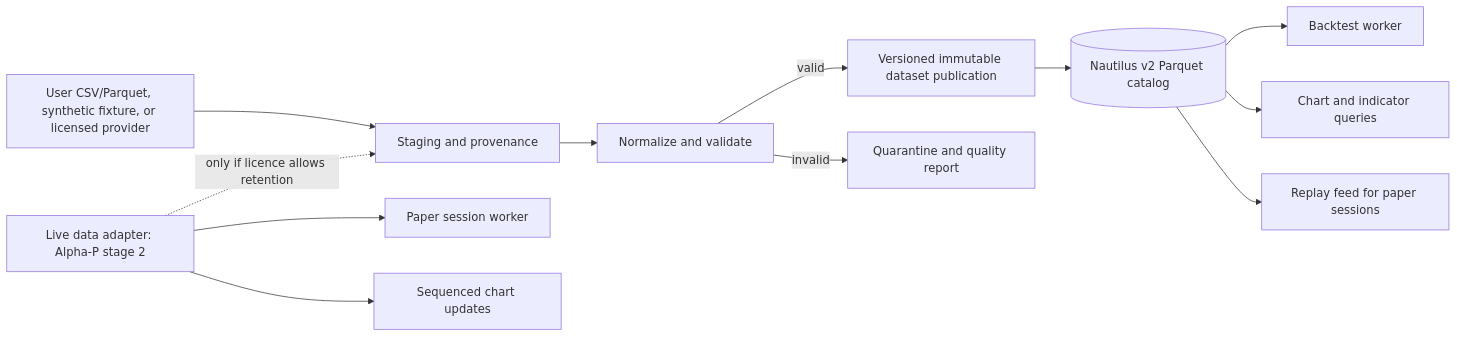
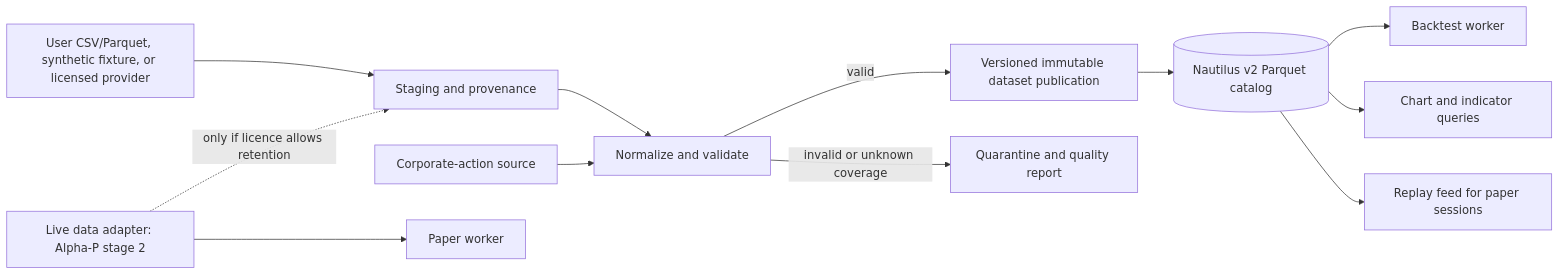
The second of 3 diagrams in docs/architecture/overview.md (njdaniel/clipper-terminal), drawn with Mermaid before and after one commit. The commit also changed other lines of this file and 5 other files, not shown here.

````diff
--- a/docs/architecture/overview.md
+++ b/docs/architecture/overview.md
@@ -352,14 +376,14 @@
 ```mermaid
 flowchart LR
   SRC[User CSV/Parquet, synthetic fixture, or licensed provider] --> RAW[Staging and provenance]
   RAW --> V[Normalize and validate]
+  CA[Corporate-action source] --> V
   V -->|valid| PUB[Versioned immutable dataset publication]
-  V -->|invalid| Q[Quarantine and quality report]
+  V -->|invalid or unknown coverage| Q[Quarantine and quality report]
   PUB --> CAT[(Nautilus v2 Parquet catalog)]
   CAT --> BT[Backtest worker]
   CAT --> READ[Chart and indicator queries]
   CAT --> REPLAY[Replay feed for paper sessions]
-  LIVE[Live data adapter: Alpha-P stage 2] --> PW[Paper session worker]
-  LIVE --> STREAM[Sequenced chart updates]
+  LIVE[Live data adapter: Alpha-P stage 2] --> PW[Paper worker]
   LIVE -.->|only if licence allows retention| RAW
 ```
````
